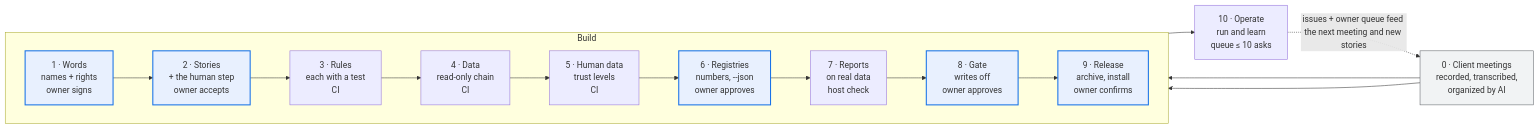
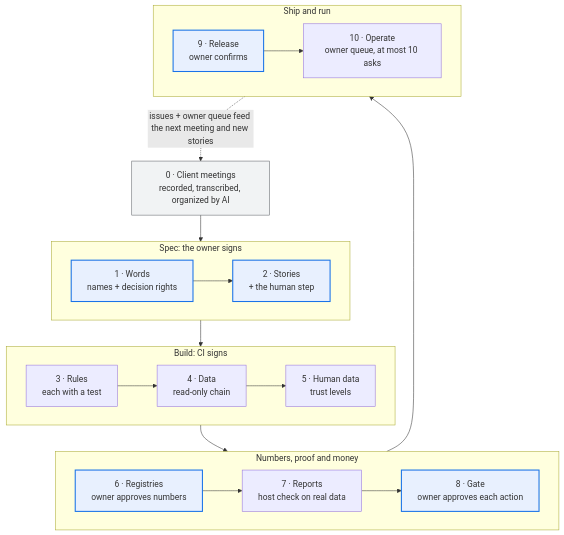
One commit to thaddeus-growth/Agent-Harness-playbook changed the first of 6 diagrams in README.md. Above: the diagram before and after it, drawn with Mermaid. The commit also changed other lines of this file, not shown here.

Commit message:
README: stack the pipeline in four phases and simplify the decision-lanes diagram so both read on GitHub

````diff
--- a/README.md
+++ b/README.md
@@ -13,22 +13,24 @@
 ```mermaid
-flowchart LR
-    M["0 · Client meetings<br/>recorded, transcribed,<br/>organized by AI"]:::input
-    subgraph Build
+flowchart TB
+    M["0 · Client meetings<br/>recorded, transcribed, organized by AI"]:::input
+    subgraph P1["Spec: the owner signs"]
       direction LR
-      S1["1 · Words<br/>names + rights<br/>owner signs"]:::owner
-      S2["2 · Stories<br/>+ the human step<br/>owner accepts"]:::owner
-      S3["3 · Rules<br/>each with a test<br/>CI"]
-      S4["4 · Data<br/>read-only chain<br/>CI"]
-      S5["5 · Human data<br/>trust levels<br/>CI"]
-      S6["6 · Registries<br/>numbers, --json<br/>owner approves"]:::owner
-      S7["7 · Reports<br/>on real data<br/>host check"]
-      S8["8 · Gate<br/>writes off<br/>owner approves"]:::owner
-      S9["9 · Release<br/>archive, install<br/>owner confirms"]:::owner
+      S1["1 · Words<br/>names + decision rights"]:::owner --> S2["2 · Stories<br/>+ the human step"]:::owner
     end
-    S10["10 · Operate<br/>run and learn<br/>queue ≤ 10 asks"]
-    M --> S1 & S2
-    S1 --> S2 --> S3 --> S4 --> S5 --> S6 --> S7 --> S8 --> S9 --> S10
-    S10 -. "issues + owner queue feed the next meeting and new stories" .-> M
+    subgraph P2["Build: CI signs"]
+      direction LR
+      S3["3 · Rules<br/>each with a test"] --> S4["4 · Data<br/>read-only chain"] --> S5["5 · Human data<br/>trust levels"]
+    end
+    subgraph P3["Numbers, proof and money"]
+      direction LR
+      S6["6 · Registries<br/>owner approves numbers"]:::owner --> S7["7 · Reports<br/>host check on real data"] --> S8["8 · Gate<br/>owner approves each action"]:::owner
+    end
+    subgraph P4["Ship and run"]
+      direction LR
+      S9["9 · Release<br/>owner confirms"]:::owner --> S10["10 · Operate<br/>owner queue, at most 10 asks"]
+    end
+    M --> P1 --> P2 --> P3 --> P4
+    P4 -. "issues + owner queue feed the next meeting and new stories" .-> M
     classDef owner fill:#e8f0fe,stroke:#1a73e8,stroke-width:2px
     classDef input fill:#f1f3f4,stroke:#5f6368
 ```
````
